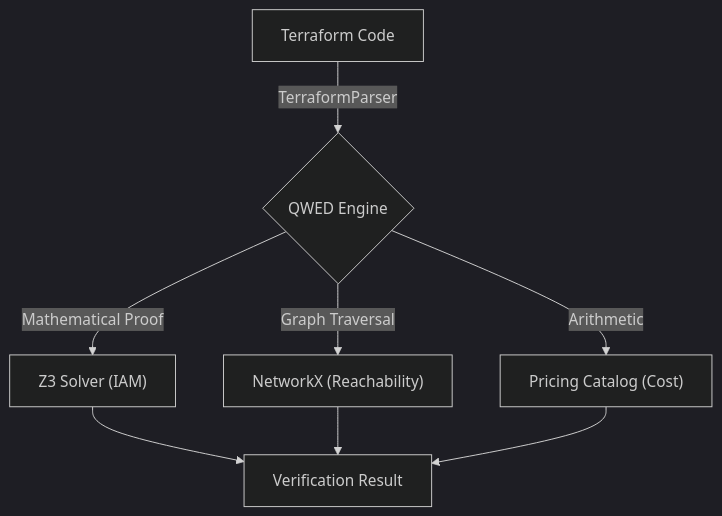
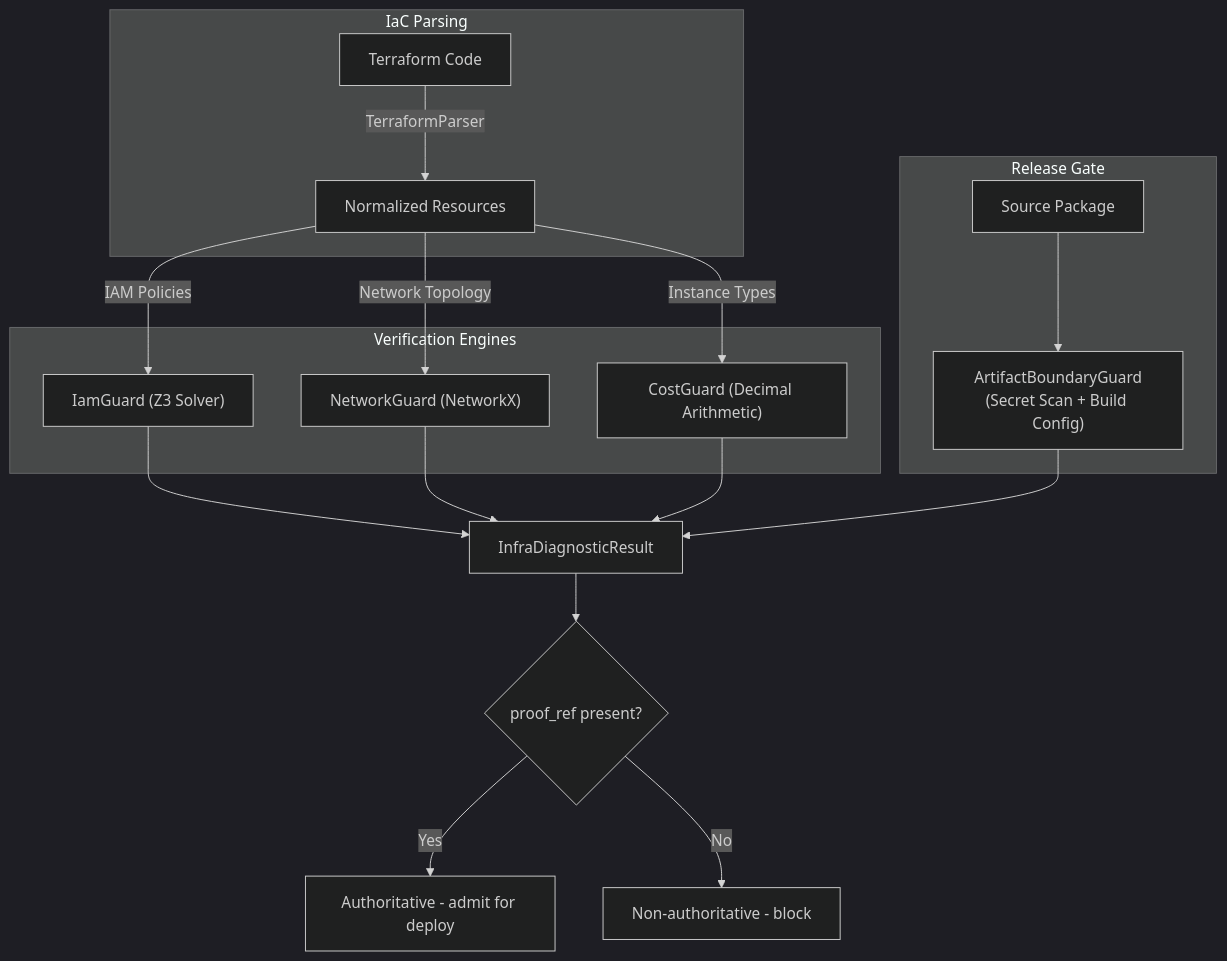
Before and after one commit to QWED-AI/docs: the diagram in infra/overview.mdx, drawn with Mermaid (dark theme). The commit also changed other lines of this file and 3 other files, not shown here.

Commit message:
docs: update qwed-infra docs to v0.2.0 — add ArtifactBoundaryGuard, audit, diagnostics, examples

````diff
--- a/infra/overview.mdx
+++ b/infra/overview.mdx
@@ -19,10 +19,21 @@
 ```mermaid
 graph TD
-    A[Terraform Code] -->|TerraformParser| B{QWED Engine}
-    B -->|Mathematical Proof| C["Z3 Solver (IAM)"]
-    B -->|Graph Traversal| D["NetworkX (Reachability)"]
-    B -->|Arithmetic| E["Pricing Catalog (Cost)"]
-    C --> F[Verification Result]
-    D --> F
-    E --> F
+    subgraph "IaC Parsing"
+        A[Terraform Code] -->|TerraformParser| B[Normalized Resources]
+    end
+    subgraph "Verification Engines"
+        B -->|IAM Policies| C["IamGuard (Z3 Solver)"]
+        B -->|Network Topology| D["NetworkGuard (NetworkX)"]
+        B -->|Instance Types| E["CostGuard (Decimal Arithmetic)"]
+    end
+    subgraph "Release Gate"
+        F[Source Package] --> G["ArtifactBoundaryGuard<br/>(Secret Scan + Build Config)"]
+    end
+    C --> H[InfraDiagnosticResult]
+    D --> H
+    E --> H
+    G --> H
+    H --> I{"proof_ref present?"}
+    I -->|Yes| J[Authoritative - admit for deploy]
+    I -->|No| K[Non-authoritative - block]
 ```
````
